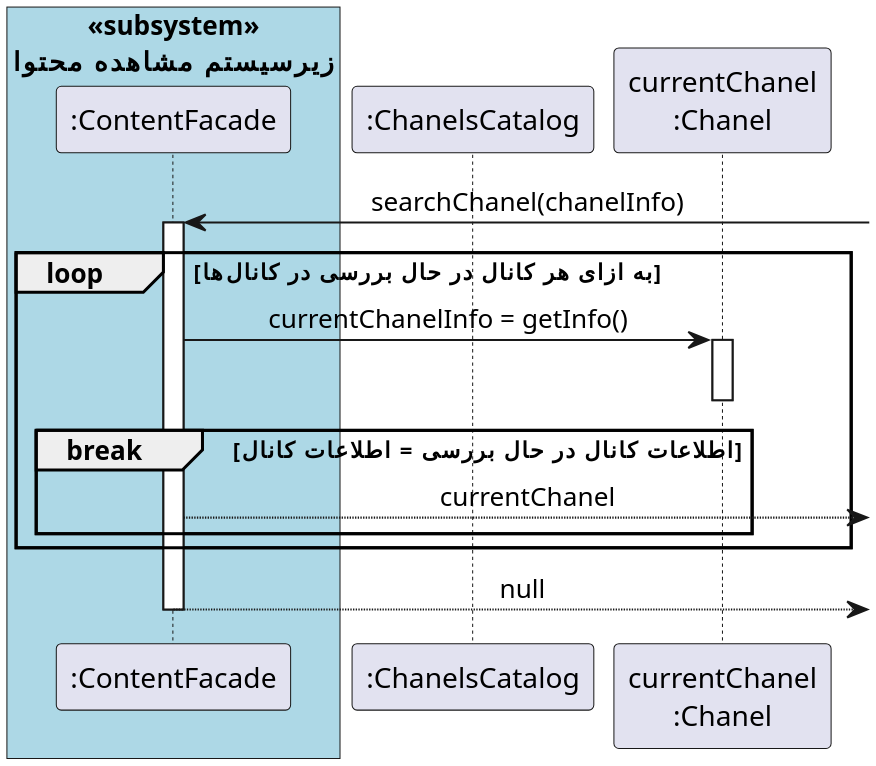
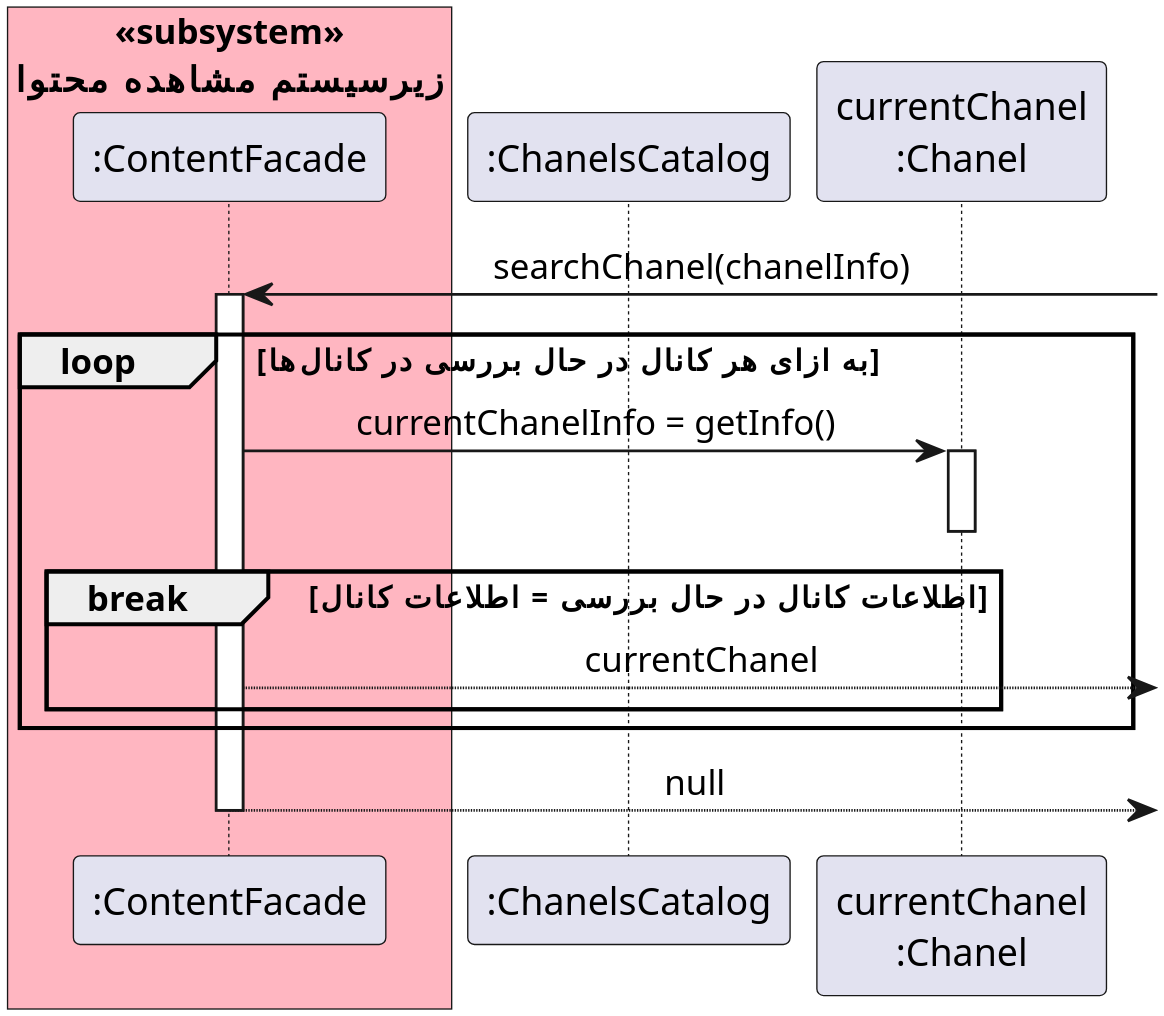
The diagram in Diagrams/Design Sequence/SearchChanel_F.puml (soleyman79/Qasedak), drawn with PlantUML before and after one commit.

Commit message:
Change color

```diff
--- a/Diagrams/Design Sequence/SearchChanel_F.puml
+++ b/Diagrams/Design Sequence/SearchChanel_F.puml
@@ -1,33 +1,33 @@
 @startuml search_chanel_fragment
 
 
-scale 3
+scale 4
 skinparam DefaultFontName Vazir
 skinparam DefaultTextAlignment center
 
  
-box "«subsystem»\nزیرسیستم مشاهده محتوا" #LightBlue
+box "«subsystem»\nزیرسیستم مشاهده محتوا" #LightPink
 participant ":ContentFacade" as contentFacade
 end box
 participant ":ChanelsCatalog" as chanels
 participant "currentChanel\n:Chanel" as currenChanel
 
 
 contentFacade <-]: searchChanel(chanelInfo)
 activate contentFacade
 
 loop به ازای هر کانال در حال بررسی در کانال‌ها
     contentFacade -> currenChanel: currentChanelInfo = getInfo()
     activate currenChanel
     deactivate currenChanel
 
     break اطلاعات کانال در حال بررسی = اطلاعات کانال
         contentFacade -->]: currentChanel
     end
 end
 
 contentFacade -->] : null
 deactivate contentFacade
 
 
 @enduml
```
